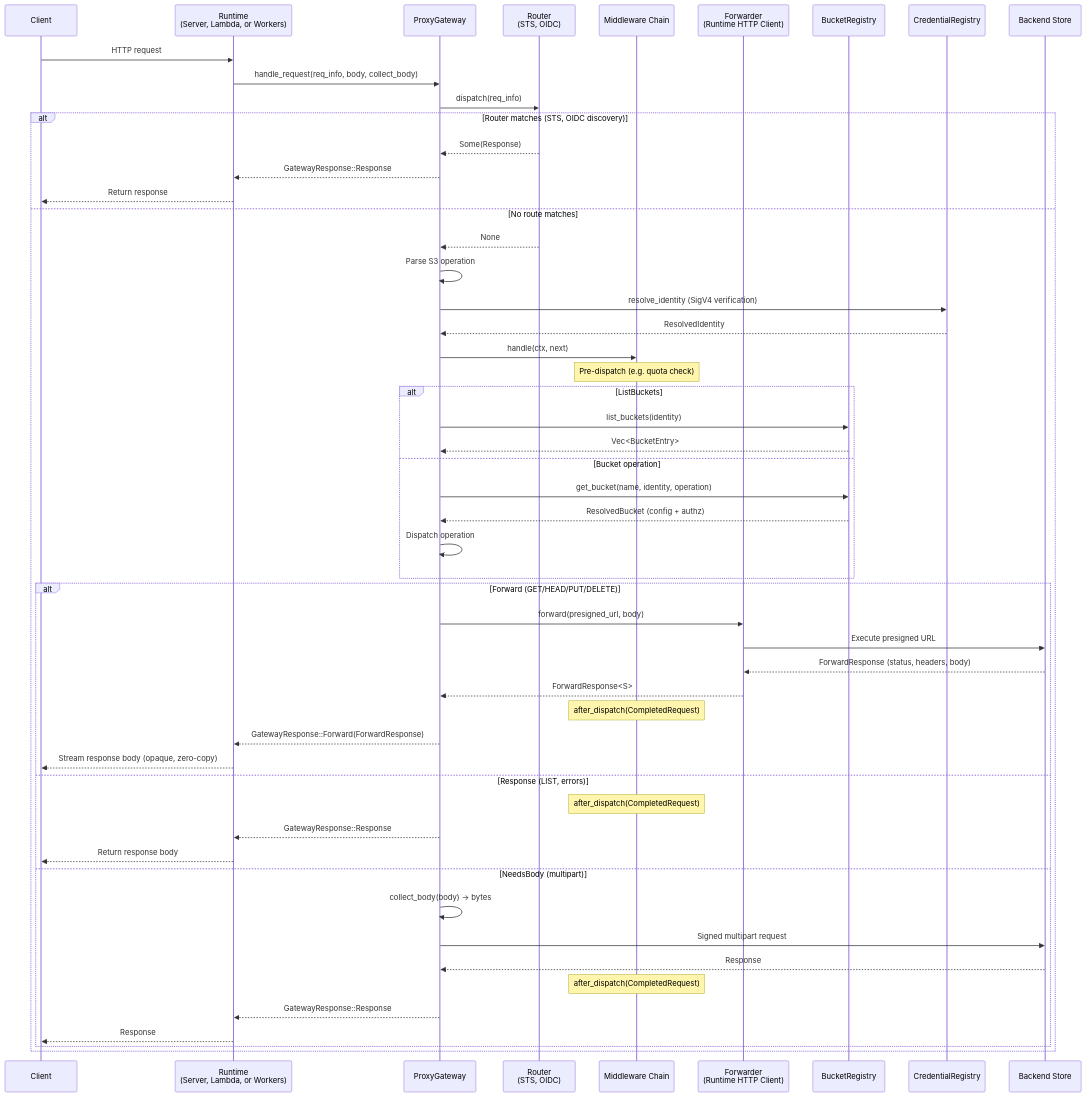
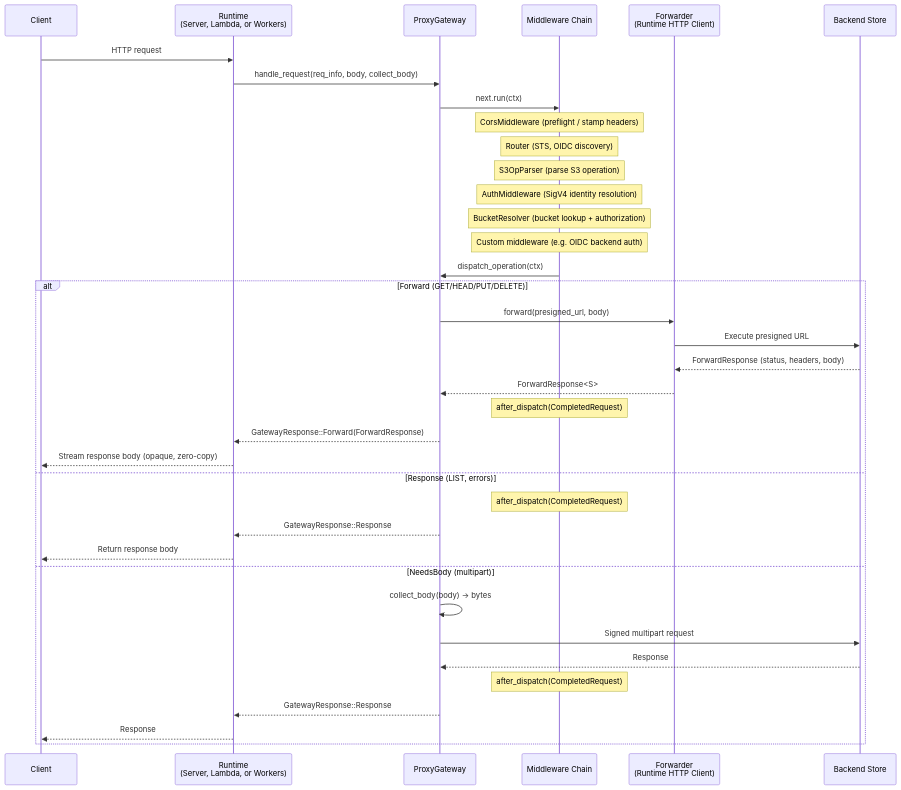
The diagram in docs/architecture/request-lifecycle.md (developmentseed/multistore), drawn with Mermaid before and after one commit. The commit also changed other lines of this file and 25 other files, not shown here.

````diff
--- a/docs/architecture/request-lifecycle.md
+++ b/docs/architecture/request-lifecycle.md
@@ -7,57 +7,43 @@
 ```mermaid
 sequenceDiagram
     participant Client
     participant Runtime as Runtime<br/>(Server, Lambda, or Workers)
     participant Gateway as ProxyGateway
-    participant Router as Router<br/>(STS, OIDC)
-    participant Middleware as Middleware Chain
+    participant Chain as Middleware Chain
     participant Forwarder as Forwarder<br/>(Runtime HTTP Client)
-    participant BucketReg as BucketRegistry
-    participant CredReg as CredentialRegistry
     participant Backend as Backend Store
 
     Client->>Runtime: HTTP request
     Runtime->>Gateway: handle_request(req_info, body, collect_body)
-    Gateway->>Router: dispatch(req_info)
-    alt Router matches (STS, OIDC discovery)
-        Router-->>Gateway: Some(Response)
+    Gateway->>Chain: next.run(ctx)
+
+    Note over Chain: CorsMiddleware (preflight / stamp headers)
+    Note over Chain: Router (STS, OIDC discovery)
+    Note over Chain: S3OpParser (parse S3 operation)
+    Note over Chain: AuthMiddleware (SigV4 identity resolution)
+    Note over Chain: BucketResolver (bucket lookup + authorization)
+    Note over Chain: Custom middleware (e.g. OIDC backend auth)
+
+    Chain->>Gateway: dispatch_operation(ctx)
+
+    alt Forward (GET/HEAD/PUT/DELETE)
+        Gateway->>Forwarder: forward(presigned_url, body)
+        Forwarder->>Backend: Execute presigned URL
+        Backend-->>Forwarder: ForwardResponse (status, headers, body)
+        Forwarder-->>Gateway: ForwardResponse<S>
+        Note over Chain: after_dispatch(CompletedRequest)
+        Gateway-->>Runtime: GatewayResponse::Forward(ForwardResponse)
+        Runtime-->>Client: Stream response body (opaque, zero-copy)
+    else Response (LIST, errors)
+        Note over Chain: after_dispatch(CompletedRequest)
         Gateway-->>Runtime: GatewayResponse::Response
-        Runtime-->>Client: Return response
-    else No route matches
-        Router-->>Gateway: None
-        Gateway->>Gateway: Parse S3 operation
-        Gateway->>CredReg: resolve_identity (SigV4 verification)
-        CredReg-->>Gateway: ResolvedIdentity
-        Gateway->>Middleware: handle(ctx, next)
-        Note over Middleware: Pre-dispatch (e.g. quota check)
-        alt ListBuckets
-            Gateway->>BucketReg: list_buckets(identity)
-            BucketReg-->>Gateway: Vec<BucketEntry>
-        else Bucket operation
-            Gateway->>BucketReg: get_bucket(name, identity, operation)
-            BucketReg-->>Gateway: ResolvedBucket (config + authz)
-            Gateway->>Gateway: Dispatch operation
-        end
-
-        alt Forward (GET/HEAD/PUT/DELETE)
-            Gateway->>Forwarder: forward(presigned_url, body)
-            Forwarder->>Backend: Execute presigned URL
-            Backend-->>Forwarder: ForwardResponse (status, headers, body)
-            Forwarder-->>Gateway: ForwardResponse<S>
-            Note over Middleware: after_dispatch(CompletedRequest)
-            Gateway-->>Runtime: GatewayResponse::Forward(ForwardResponse)
-            Runtime-->>Client: Stream response body (opaque, zero-copy)
-        else Response (LIST, errors)
-            Note over Middleware: after_dispatch(CompletedRequest)
-            Gateway-->>Runtime: GatewayResponse::Response
-            Runtime-->>Client: Return response body
-        else NeedsBody (multipart)
-            Gateway->>Gateway: collect_body(body) → bytes
-            Gateway->>Backend: Signed multipart request
-            Backend-->>Gateway: Response
-            Note over Middleware: after_dispatch(CompletedRequest)
-            Gateway-->>Runtime: GatewayResponse::Response
-            Runtime-->>Client: Response
-        end
+        Runtime-->>Client: Return response body
+    else NeedsBody (multipart)
+        Gateway->>Gateway: collect_body(body) -> bytes
+        Gateway->>Backend: Signed multipart request
+        Backend-->>Gateway: Response
+        Note over Chain: after_dispatch(CompletedRequest)
+        Gateway-->>Runtime: GatewayResponse::Response
+        Runtime-->>Client: Response
     end
 ```
````
